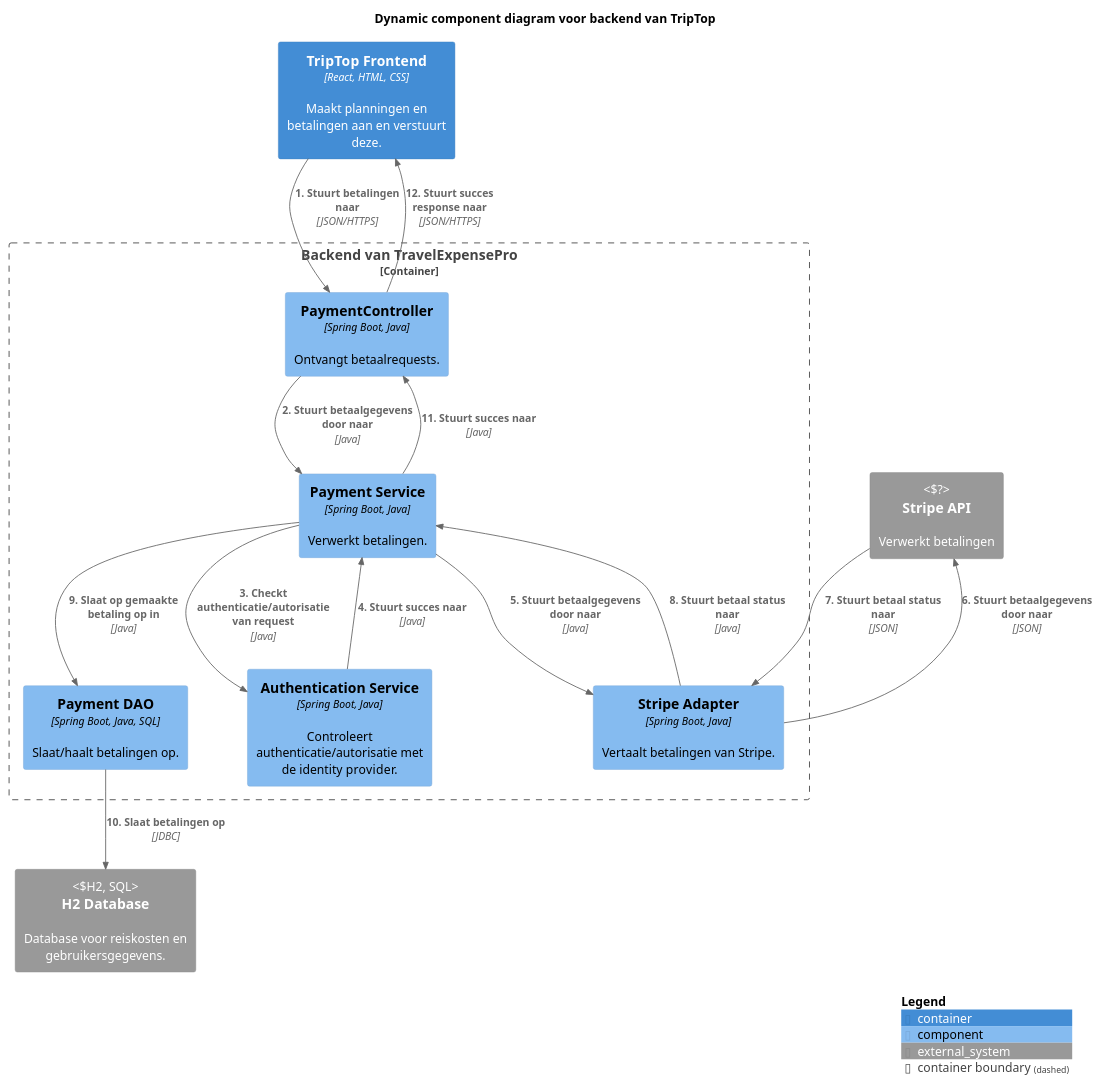
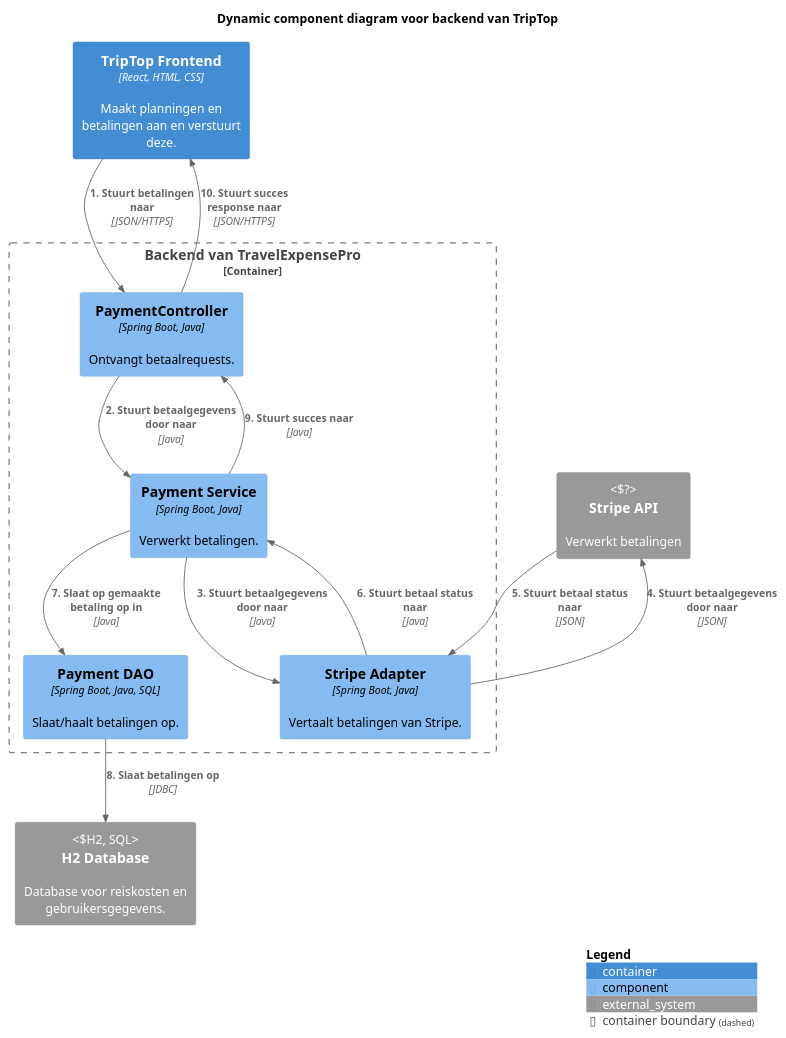
One commit to AIM-ENE-feb25/triptop-groep-b6 changed the diagram in gemaakte-werk-daniel/diagrammen/dynamic-component-diagram.puml. Above: the diagram before and after it, drawn with PlantUML.

Commit message:
removed auth component

```diff
--- a/gemaakte-werk-daniel/diagrammen/dynamic-component-diagram.puml
+++ b/gemaakte-werk-daniel/diagrammen/dynamic-component-diagram.puml
@@ -1,38 +1,35 @@
 @startuml
 !include https://raw.githubusercontent.com/plantuml-stdlib/C4-PlantUML/master/C4_Component.puml
 ' uncomment the following line and comment the first to use locally
 ' !include C4_Component.puml
 
 LAYOUT_WITH_LEGEND()
 
 title Dynamic component diagram voor backend van TripTop
 
 Container(frontend, "TripTop Frontend", "React, HTML, CSS", "Maakt planningen en betalingen aan en verstuurt deze.")
 
 Container_Boundary(api, "Backend van TravelExpensePro") {
     Component(paymentcontroller, "PaymentController", "Spring Boot, Java", "Ontvangt betaalrequests.")
     Component(paymentdao, "Payment DAO", "Spring Boot, Java, SQL", "Slaat/haalt betalingen op.")
     Component(paymentsservice, "Payment Service", "Spring Boot, Java", "Verwerkt betalingen.")
-    Component(authservice, "Authentication Service", "Spring Boot, Java", "Controleert authenticatie/autorisatie met de identity provider.")
     Component(stripeadapter, "Stripe Adapter", "Spring Boot, Java", "Vertaalt betalingen van Stripe.")
 
     Rel(frontend, paymentcontroller, "1. Stuurt betalingen naar", "JSON/HTTPS")
-    Rel(paymentsservice, authservice, "3. Checkt authenticatie/autorisatie van request", "Java")
-    Rel(authservice, paymentsservice, "4. Stuurt succes naar", "Java")
-    Rel(paymentcontroller, paymentsservice, "2. Stuurt betaalgegevens door naar", "Java")
-    Rel(paymentsservice, paymentdao, "9. Slaat op gemaakte betaling op in", "Java")
+       Rel(paymentcontroller, paymentsservice, "2. Stuurt betaalgegevens door naar", "Java")
+    Rel(paymentsservice, paymentdao, "7. Slaat op gemaakte betaling op in", "Java")
 
-    Rel(paymentsservice, paymentcontroller, "11. Stuurt succes naar", "Java")
-    Rel(paymentcontroller, frontend, "12. Stuurt succes response naar", "JSON/HTTPS")
+    Rel(paymentsservice, paymentcontroller, "9. Stuurt succes naar", "Java")
+    Rel(paymentcontroller, frontend, "10. Stuurt succes response naar", "JSON/HTTPS")
 }
 System_Ext(h2, "H2 Database", "Database voor reiskosten en gebruikersgegevens.", "H2, SQL")
 System_Ext(stripe, "Stripe API", "Verwerkt betalingen", "?")
 
-Rel(paymentdao, h2, "10. Slaat betalingen op", "JDBC")
-Rel(paymentsservice, stripeadapter, "5. Stuurt betaalgegevens door naar", "Java")
-Rel(stripeadapter, stripe, "6. Stuurt betaalgegevens door naar", "JSON")
+Rel(paymentdao, h2, "8. Slaat betalingen op", "JDBC")
+Rel(paymentsservice, stripeadapter, "3. Stuurt betaalgegevens door naar", "Java")
+Rel(stripeadapter, stripe, "4. Stuurt betaalgegevens door naar", "JSON")
 
-Rel(stripeadapter, paymentsservice, "8. Stuurt betaal status naar", "Java")
-Rel(stripe, stripeadapter, "7. Stuurt betaal status naar", "JSON")
+Rel(stripeadapter, paymentsservice, "6. Stuurt betaal status naar", "Java")
+Rel(stripe, stripeadapter, "5. Stuurt betaal status naar", "JSON")
 SHOW_LEGEND()
 @enduml
```
